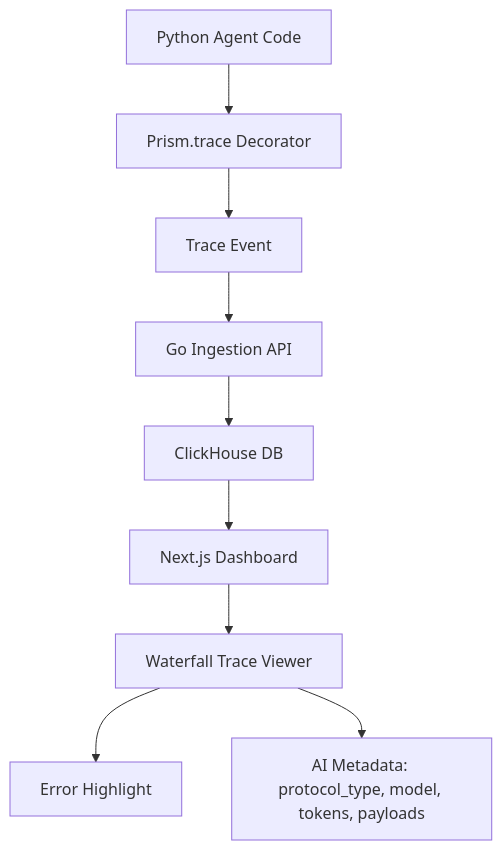
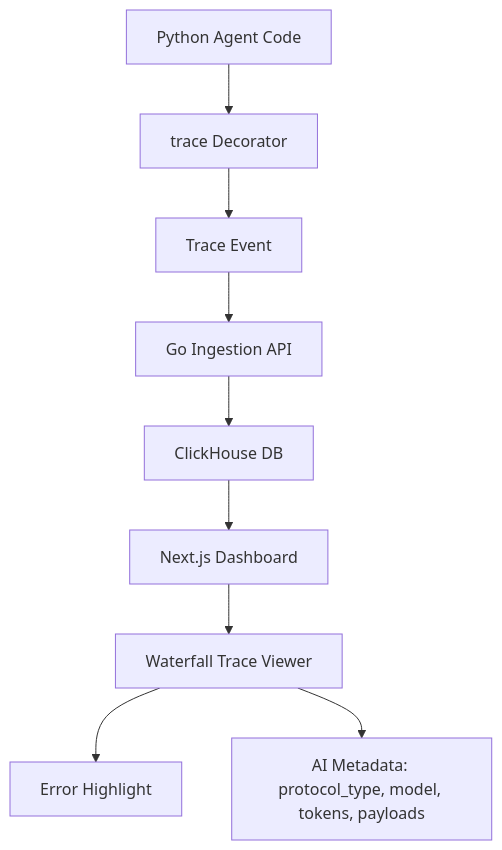
Before and after one commit to SakshamKapoor2911/PrismTrace: the diagram in README.md, drawn with Mermaid. The commit also changed other lines of this file and 1 other file, not shown here.

````diff
--- a/README.md
+++ b/README.md
@@ -21,11 +46,11 @@
 ```mermaid
 graph TD
-    AgentCode[Python Agent Code] --> Decorator[Prism.trace Decorator]
+    AgentCode[Python Agent Code] --> Decorator[trace Decorator]
     Decorator --> TraceEvent[Trace Event]
     TraceEvent --> IngestionAPI[Go Ingestion API]
     IngestionAPI --> DB[ClickHouse DB]
     DB --> Dashboard[Next.js Dashboard]
     Dashboard --> Waterfall[Waterfall Trace Viewer]
     Waterfall --> Error[Error Highlight]
     Waterfall --> AIMeta[AI Metadata: protocol_type, model, tokens, payloads]
 ```
````
